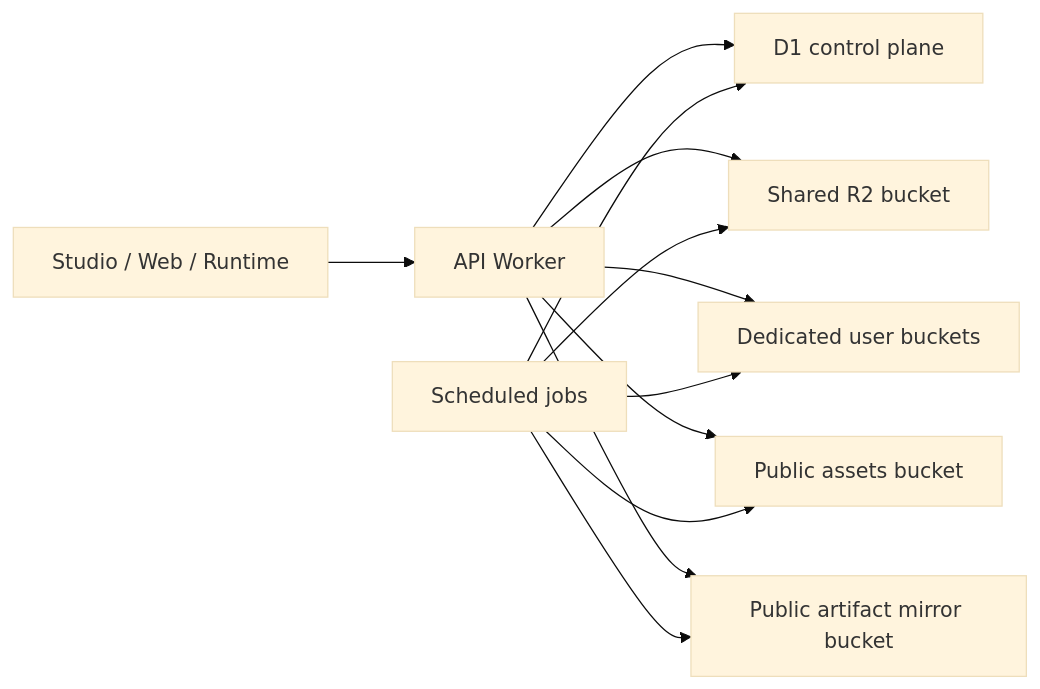
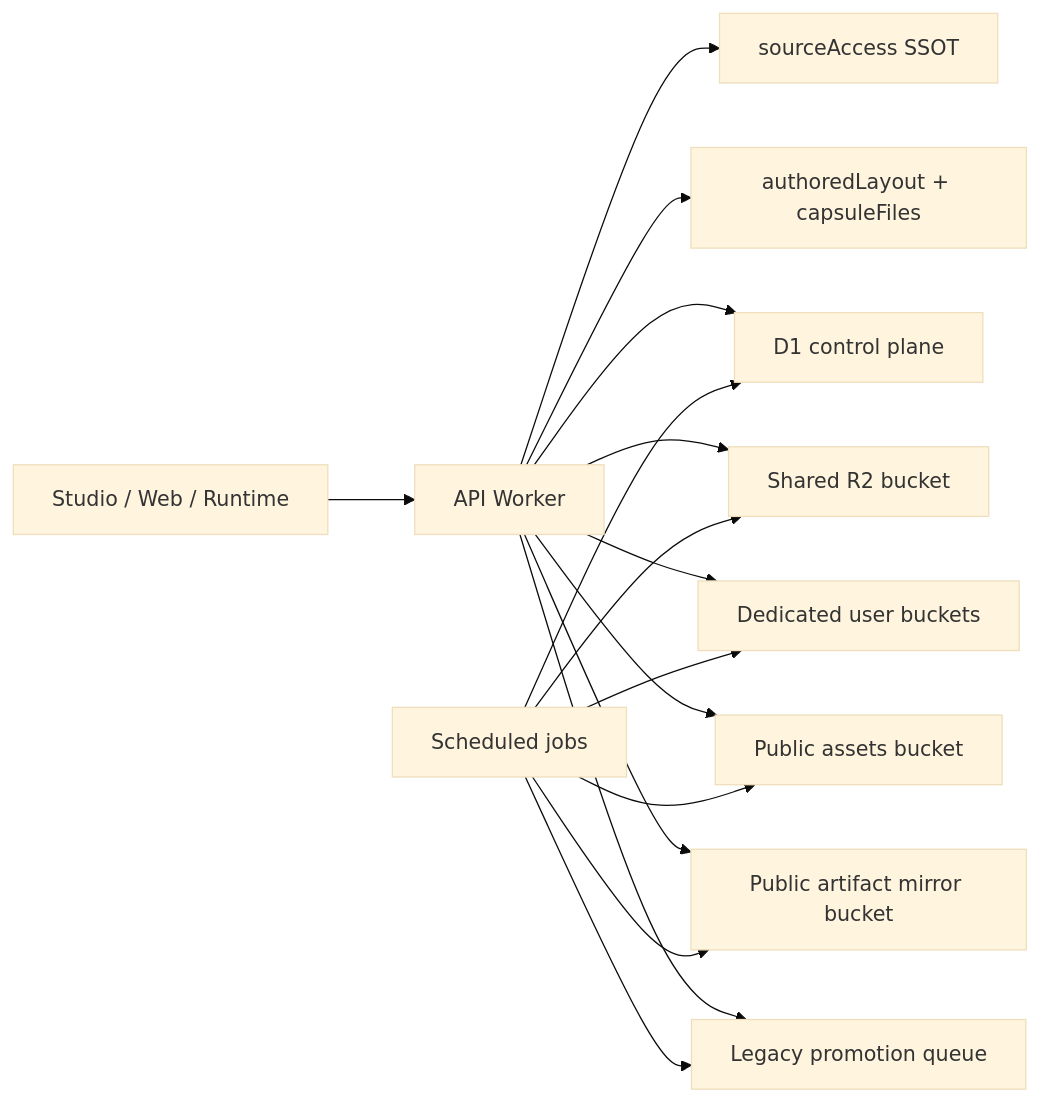
The diagram in docs/architecture.md (Vibecodr-dot-Space/storage-in-public), drawn with Mermaid (base theme) before and after one commit. The commit also changed other lines of this file and 14 other files, not shown here.

````diff
--- a/docs/architecture.md
+++ b/docs/architecture.md
@@ -24,14 +26,18 @@
 ```mermaid
 flowchart LR
   A["Studio / Web / Runtime"] --> B["API Worker"]
-  B --> C["D1 control plane"]
-  B --> D["Shared R2 bucket"]
-  B --> E["Dedicated user buckets"]
-  B --> F["Public assets bucket"]
-  B --> G["Public artifact mirror bucket"]
-  H["Scheduled jobs"] --> C
-  H --> D
-  H --> E
-  H --> F
-  H --> G
+  B --> C["sourceAccess SSOT"]
+  B --> D["authoredLayout + capsuleFiles"]
+  B --> E["D1 control plane"]
+  B --> F["Shared R2 bucket"]
+  B --> G["Dedicated user buckets"]
+  B --> H["Public assets bucket"]
+  B --> I["Public artifact mirror bucket"]
+  B --> J["Legacy promotion queue"]
+  K["Scheduled jobs"] --> E
+  K --> F
+  K --> G
+  K --> H
+  K --> I
+  K --> J
 ```
````
